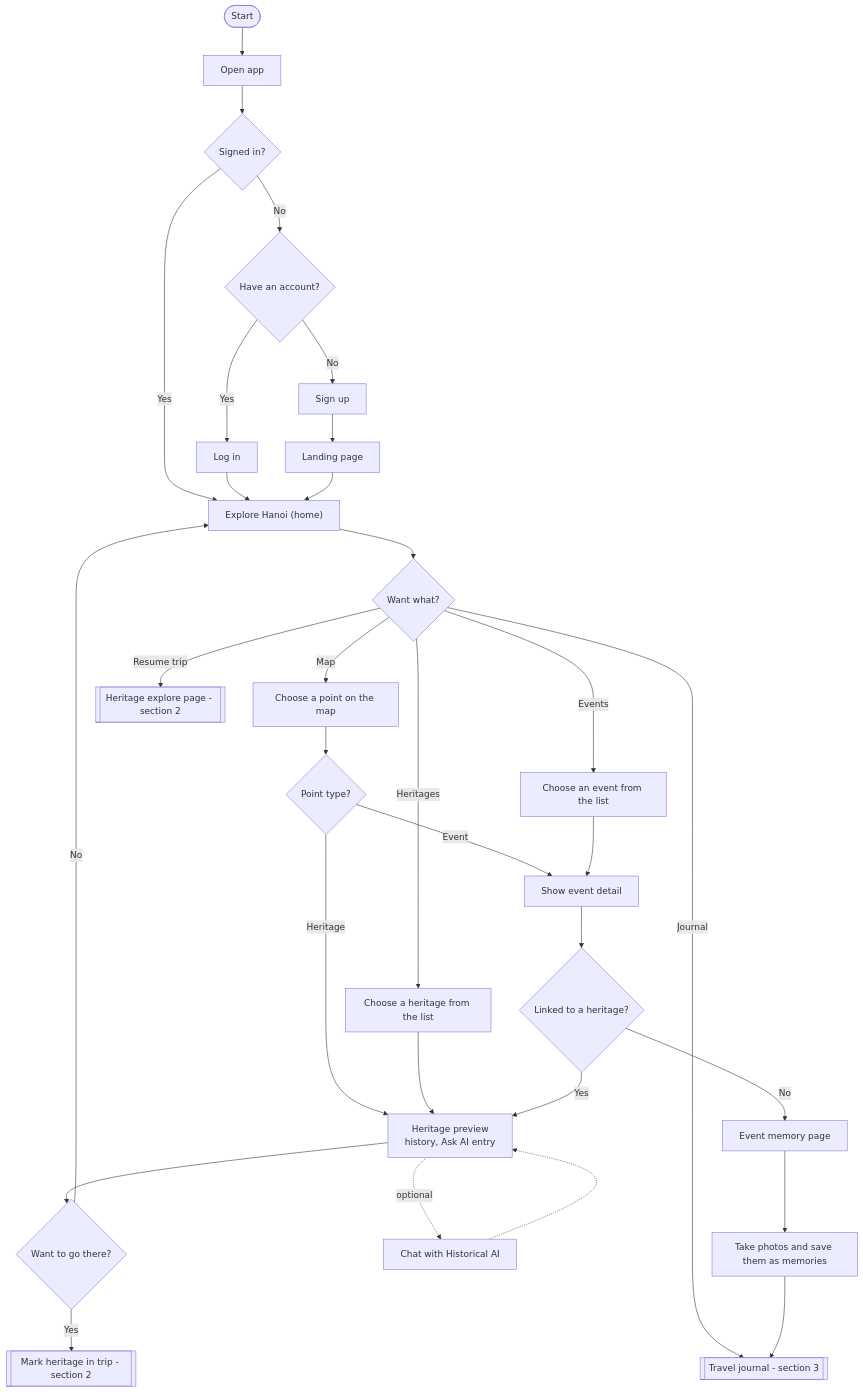
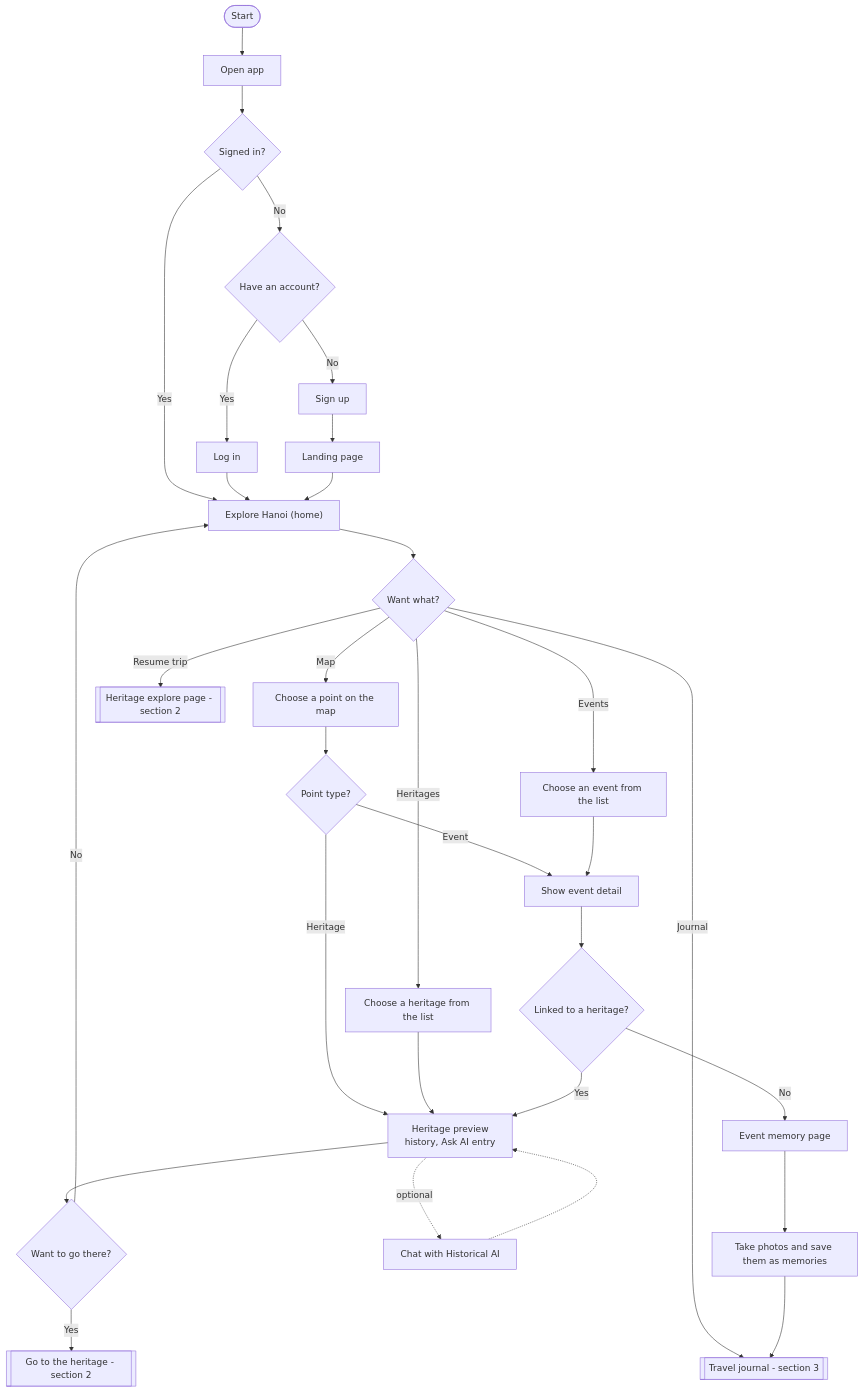
Before and after one commit to NMH1203/HanoiLens: the first of 3 diagrams in docs/flows/user-flow.md, drawn with Mermaid. The commit also changed other lines of this file and 24 other files, not shown here.

````diff
--- a/docs/flows/user-flow.md
+++ b/docs/flows/user-flow.md
@@ -23,38 +23,38 @@
 ```mermaid
 flowchart TD
     START([Start]) --> OPEN[Open app]
     OPEN --> SIGNED{Signed in?}
     SIGNED -- Yes --> EXPLORE["Explore Hanoi (home)"]
     SIGNED -- No --> HASACC{Have an account?}
     HASACC -- Yes --> LOGIN[Log in]
     HASACC -- No --> SIGNUP[Sign up]
     LOGIN --> EXPLORE
     SIGNUP --> LANDING[Landing page]
     LANDING --> EXPLORE
 
     EXPLORE --> WANT{Want what?}
     WANT -- Map --> MAP[Choose a point on the map]
     WANT -- Heritages --> HLIST[Choose a heritage from the list]
     WANT -- Events --> ELIST[Choose an event from the list]
     WANT -- Journal --> JOURNAL[[Travel journal - section 3]]
     WANT -- Resume trip --> SITE[[Heritage explore page - section 2]]
 
     MAP --> PTYPE{Point type?}
     PTYPE -- Heritage --> PREVIEW
     PTYPE -- Event --> EDETAIL[Show event detail]
     HLIST --> PREVIEW
     ELIST --> EDETAIL
 
     EDETAIL --> LINKED{Linked to a heritage?}
     LINKED -- Yes --> PREVIEW
     LINKED -- No --> MEMORY[Event memory page]
     MEMORY --> MEMPHOTO[Take photos and save them as memories]
     MEMPHOTO --> JOURNAL
 
     PREVIEW["Heritage preview<br/>history, Ask AI entry"]
     PREVIEW -. optional .-> ASK1[Chat with Historical AI]
     ASK1 -.-> PREVIEW
     PREVIEW --> GO{Want to go there?}
     GO -- No --> EXPLORE
-    GO -- Yes --> MARK[[Mark heritage in trip - section 2]]
+    GO -- Yes --> GOTO[[Go to the heritage - section 2]]
 ```
````
